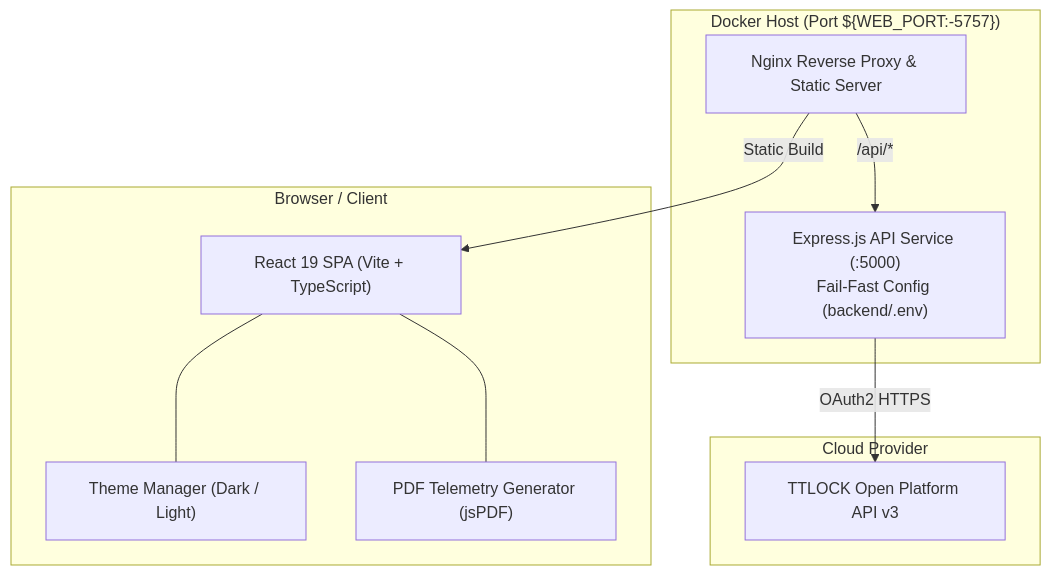
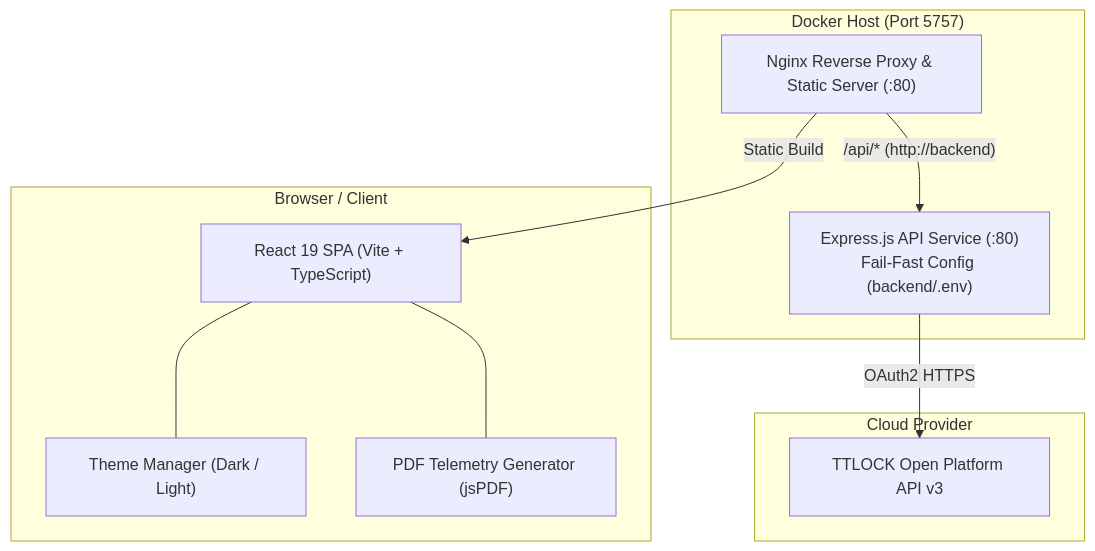
One commit to helmipradita/ttlock-dashboard changed the diagram in README.md. Above: the diagram before and after it, drawn with Mermaid. The commit also changed other lines of this file and 22 other files, not shown here.

Commit message:
refactor: standardize container monorepo architecture and simplify compose networking

````diff
--- a/README.md
+++ b/README.md
@@ -44,22 +44,22 @@
 ```mermaid
 graph TB
     subgraph Client["Browser / Client"]
         UI["React 19 SPA (Vite + TypeScript)"]
         Theme["Theme Manager (Dark / Light)"]
         PdfGen["PDF Telemetry Generator (jsPDF)"]
         UI --- Theme
         UI --- PdfGen
     end
 
-    subgraph Docker["Docker Host (Port ${WEB_PORT:-5757})"]
-        Nginx["Nginx Reverse Proxy & Static Server"]
-        Backend["Express.js API Service (:5000)<br/>Fail-Fast Config (backend/.env)"]
-        Nginx -->|"/api/*"| Backend
+    subgraph Docker["Docker Host (Port 5757)"]
+        Nginx["Nginx Reverse Proxy & Static Server (:80)"]
+        Backend["Express.js API Service (:80)<br/>Fail-Fast Config (backend/.env)"]
+        Nginx -->|"/api/* (http://backend)"| Backend
         Nginx -->|"Static Build"| UI
     end
 
     subgraph External["Cloud Provider"]
         TTLock["TTLOCK Open Platform API v3"]
         Backend -->|"OAuth2 HTTPS"| TTLock
     end
 ```
````
